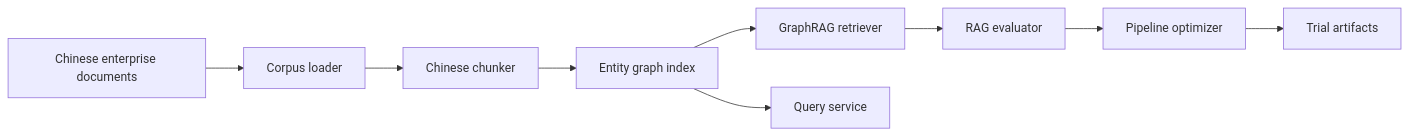
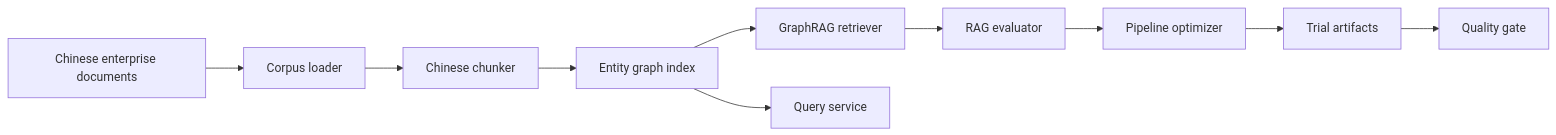
Before and after one commit to cetshow/cn-graphrag-eval-opt: the diagram in docs/architecture.md, drawn with Mermaid. The commit also changed other lines of this file and 8 other files, not shown here.

Commit message:
feat: add quality gate cli

````diff
--- a/docs/architecture.md
+++ b/docs/architecture.md
@@ -7,11 +7,12 @@
 ```mermaid
 flowchart LR
     A["Chinese enterprise documents"] --> B["Corpus loader"]
     B --> C["Chinese chunker"]
     C --> D["Entity graph index"]
     D --> E["GraphRAG retriever"]
     E --> F["RAG evaluator"]
     F --> G["Pipeline optimizer"]
     G --> H["Trial artifacts"]
+    H --> J["Quality gate"]
     D --> I["Query service"]
 ```
````
